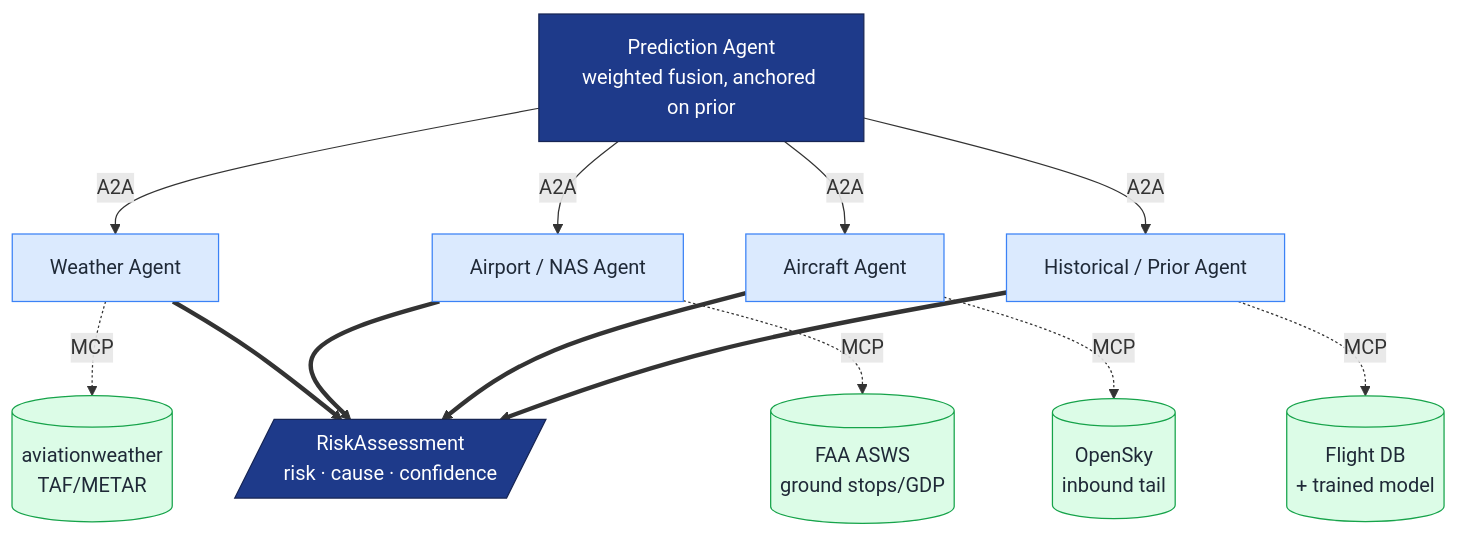
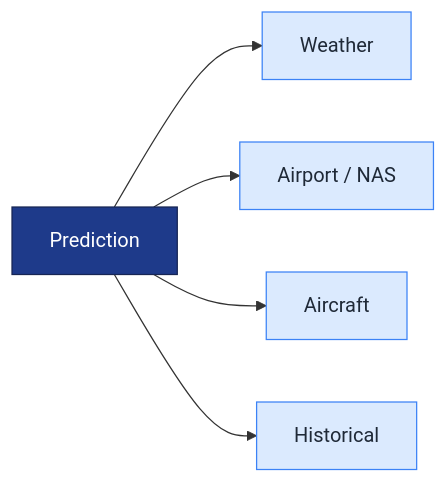
The second of 3 diagrams in docs/DESIGN.md (sonijigar/kaggle-capstone-ai-agents), drawn with Mermaid before and after one commit. The commit also changed other lines of this file and 1 other file, not shown here.

First line of the commit message:
docs: simplify architecture diagrams to bare agent trees

````diff
--- a/docs/DESIGN.md
+++ b/docs/DESIGN.md
@@ -56,19 +47,12 @@
 ```mermaid
-flowchart TD
-    P[Prediction Agent<br/>weighted fusion, anchored on prior]
-    P -->|A2A| W[Weather Agent] & N[Airport / NAS Agent] & AC[Aircraft Agent] & H[Historical / Prior Agent]
+flowchart LR
+    P[Prediction] --> W[Weather]
+    P --> N[Airport / NAS]
+    P --> A[Aircraft]
+    P --> H[Historical]
 
-    W -.MCP.-> wx[(aviationweather<br/>TAF/METAR)]
-    N -.MCP.-> nx[(FAA ASWS<br/>ground stops/GDP)]
-    AC -.MCP.-> ox[(OpenSky<br/>inbound tail)]
-    H -.MCP.-> db[(Flight DB<br/>+ trained model)]
-
-    W & N & AC & H ==> R[/RiskAssessment<br/>risk · cause · confidence/]
-
-    classDef orch fill:#1e3a8a,stroke:#172554,color:#ffffff;
+    classDef hub fill:#1e3a8a,stroke:#172554,color:#ffffff;
     classDef agent fill:#dbeafe,stroke:#3b82f6,color:#1f2937;
-    classDef data fill:#dcfce7,stroke:#16a34a,color:#1f2937;
-    class P,R orch;
-    class W,N,AC,H agent;
-    class wx,nx,ox,db data;
+    class P hub;
+    class W,N,A,H agent;
 ```
````
